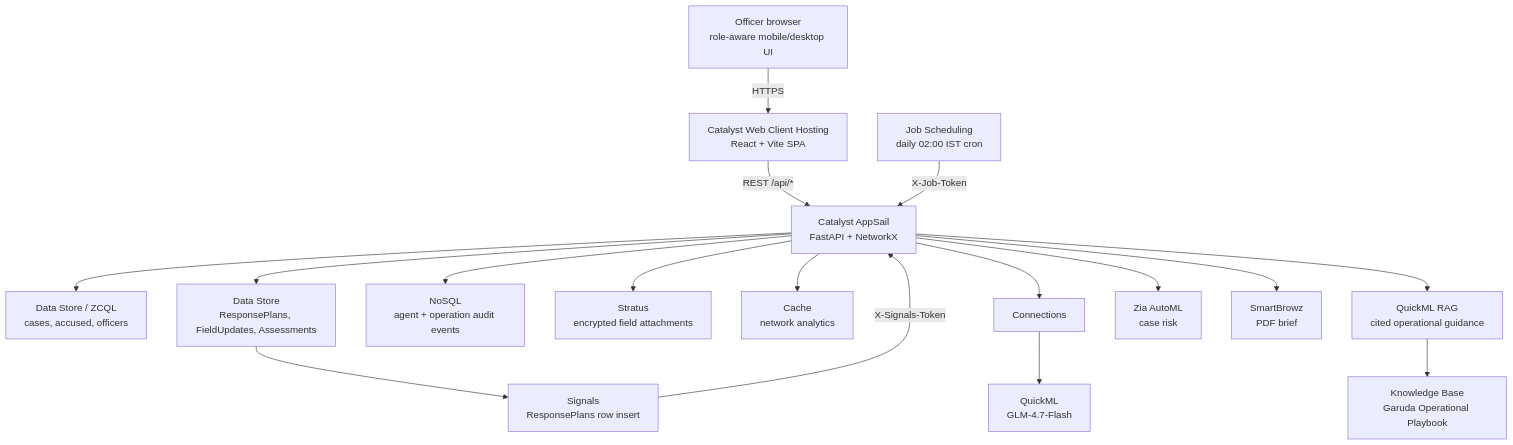
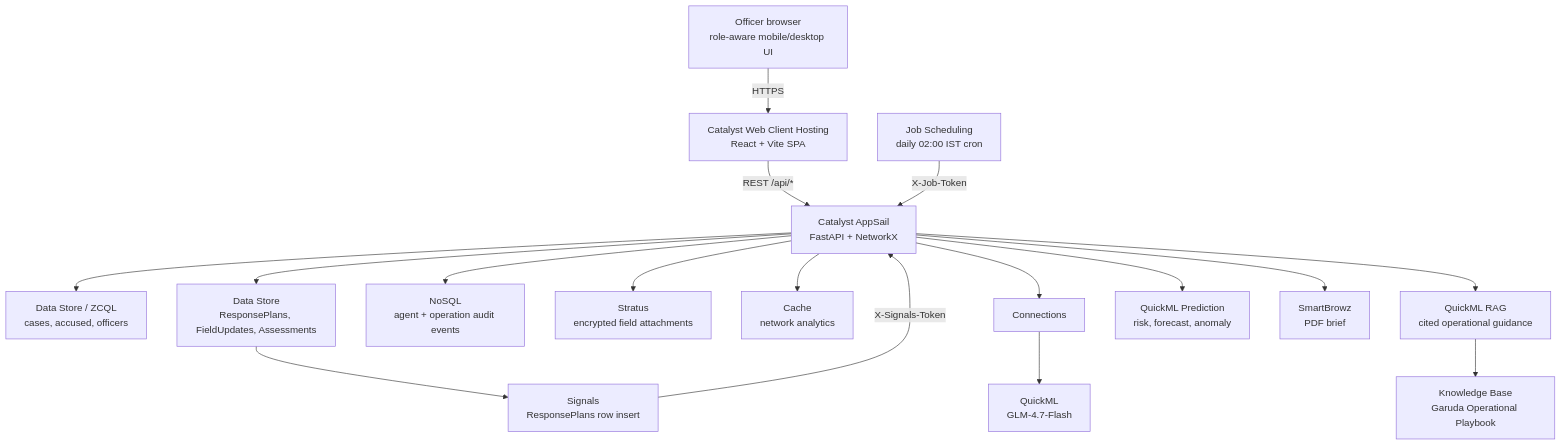
The diagram in README.md (akanthed/Project-Garuda), drawn with Mermaid before and after one commit. The commit also changed other lines of this file and 23 other files, not shown here.

````diff
--- a/README.md
+++ b/README.md
@@ -105,16 +107,16 @@
 ```mermaid
 flowchart TD
     U["Officer browser<br/>role-aware mobile/desktop UI"] -->|HTTPS| WC["Catalyst Web Client Hosting<br/>React + Vite SPA"]
     WC -->|REST /api/*| AS["Catalyst AppSail<br/>FastAPI + NetworkX"]
     AS --> DS["Data Store / ZCQL<br/>cases, accused, officers"]
     AS --> OP["Data Store<br/>ResponsePlans, FieldUpdates, Assessments"]
     AS --> NS["NoSQL<br/>agent + operation audit events"]
     AS --> ST["Stratus<br/>encrypted field attachments"]
     AS --> CA["Cache<br/>network analytics"]
     AS --> CN["Connections"] --> QM["QuickML<br/>GLM-4.7-Flash"]
     AS --> RAG["QuickML RAG<br/>cited operational guidance"] --> KB["Knowledge Base<br/>Garuda Operational Playbook"]
-    AS --> ZA["Zia AutoML<br/>case risk"]
+    AS --> ZA["QuickML Prediction<br/>risk, forecast, anomaly"]
     AS --> SB["SmartBrowz<br/>PDF brief"]
     JS["Job Scheduling<br/>daily 02:00 IST cron"] -->|X-Job-Token| AS
     OP --> SG["Signals<br/>ResponsePlans row insert"] -->|X-Signals-Token| AS
 ```
````
